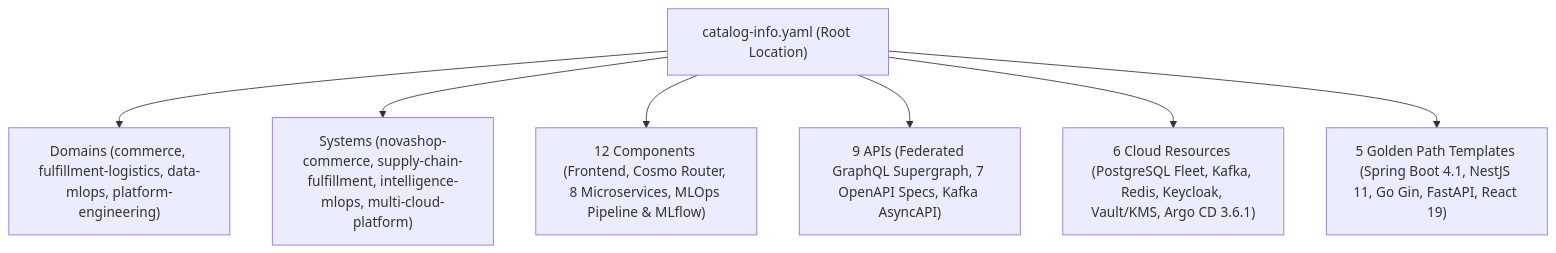
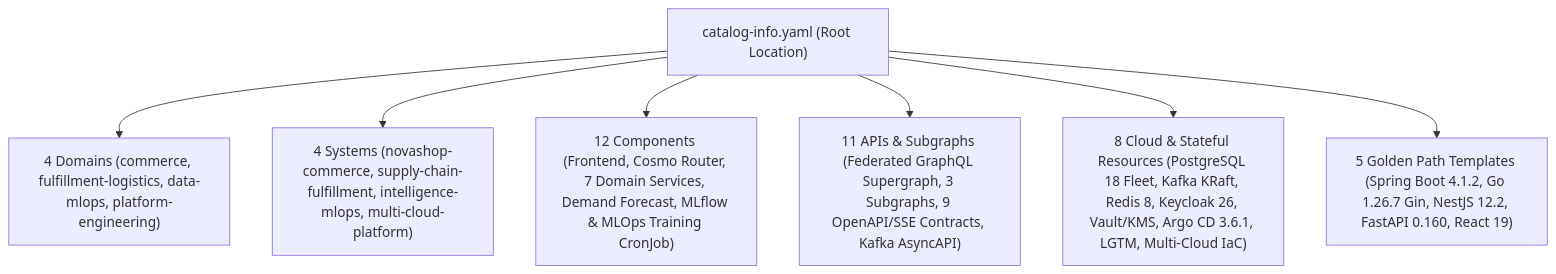
One commit to GeorgeGxx/microservices-architecture changed the diagram in docs/01-architecture/BACKSTAGE_IDP_ARCHITECTURE.md. Above: the diagram before and after it, drawn with Mermaid. The commit also changed other lines of this file and 7 other files, not shown here.

Commit message:
chore(idp): upgrade Backstage IDP to v1.56.3 and synchronize architecture docs and diagrams

````diff
--- a/docs/01-architecture/BACKSTAGE_IDP_ARCHITECTURE.md
+++ b/docs/01-architecture/BACKSTAGE_IDP_ARCHITECTURE.md
@@ -21,9 +22,9 @@
 ```mermaid
 flowchart TD
-    Root["catalog-info.yaml (Root Location)"] --> Domains["Domains (commerce, fulfillment-logistics, data-mlops, platform-engineering)"]
-    Root --> Systems["Systems (novashop-commerce, supply-chain-fulfillment, intelligence-mlops, multi-cloud-platform)"]
-    Root --> Components["12 Components (Frontend, Cosmo Router, 8 Microservices, MLOps Pipeline & MLflow)"]
-    Root --> APIs["9 APIs (Federated GraphQL Supergraph, 7 OpenAPI Specs, Kafka AsyncAPI)"]
-    Root --> Resources["6 Cloud Resources (PostgreSQL Fleet, Kafka, Redis, Keycloak, Vault/KMS, Argo CD 3.6.1)"]
-    Root --> Templates["5 Golden Path Templates (Spring Boot 4.1, NestJS 11, Go Gin, FastAPI, React 19)"]
+    Root["catalog-info.yaml (Root Location)"] --> Domains["4 Domains (commerce, fulfillment-logistics, data-mlops, platform-engineering)"]
+    Root --> Systems["4 Systems (novashop-commerce, supply-chain-fulfillment, intelligence-mlops, multi-cloud-platform)"]
+    Root --> Components["12 Components (Frontend, Cosmo Router, 7 Domain Services, Demand Forecast, MLflow & MLOps Training CronJob)"]
+    Root --> APIs["11 APIs & Subgraphs (Federated GraphQL Supergraph, 3 Subgraphs, 9 OpenAPI/SSE Contracts, Kafka AsyncAPI)"]
+    Root --> Resources["8 Cloud & Stateful Resources (PostgreSQL 18 Fleet, Kafka KRaft, Redis 8, Keycloak 26, Vault/KMS, Argo CD 3.6.1, LGTM, Multi-Cloud IaC)"]
+    Root --> Templates["5 Golden Path Templates (Spring Boot 4.1.2, Go 1.26.7 Gin, NestJS 12.2, FastAPI 0.160, React 19)"]
 ```
````
